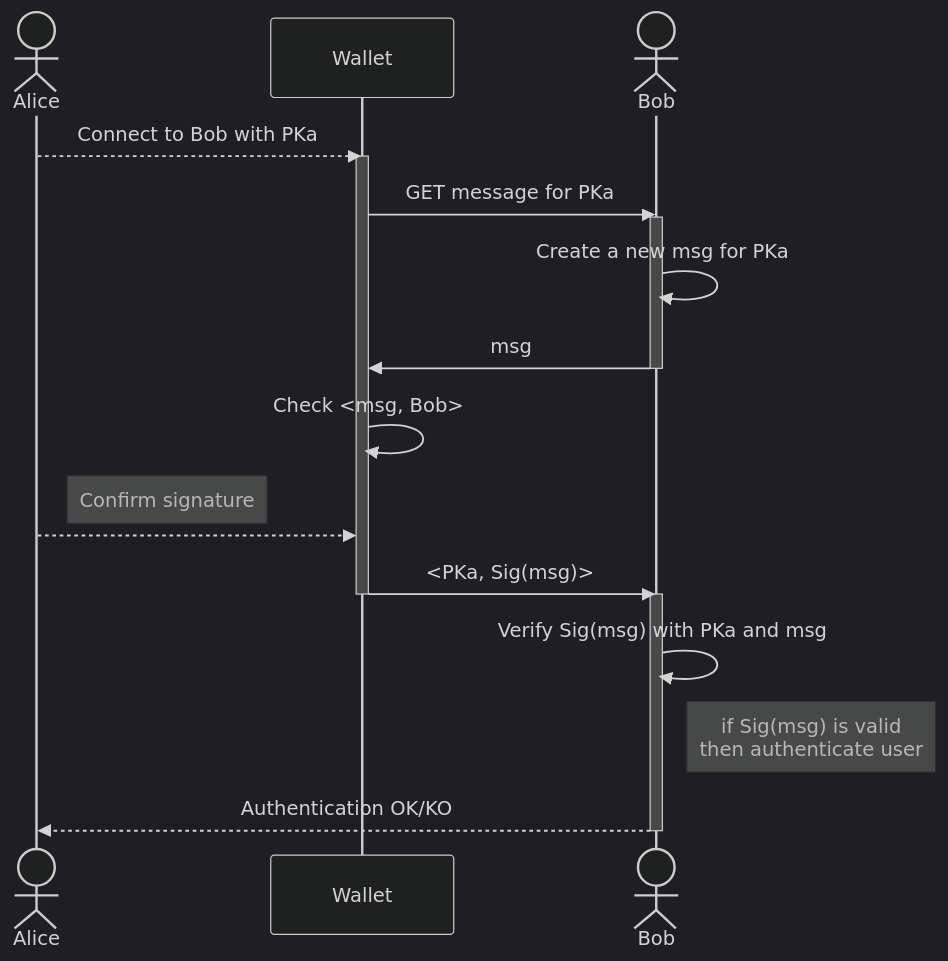
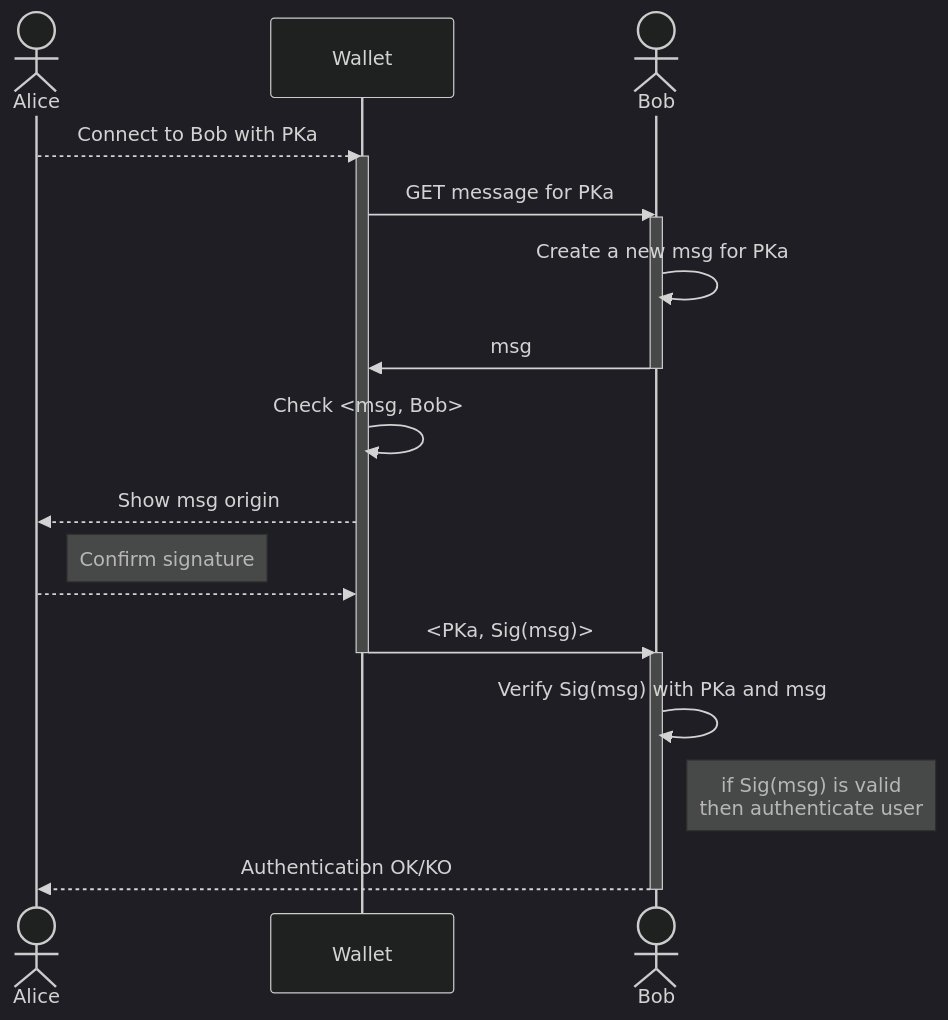
The first of 3 diagrams in ARCs/arc-0031.md (algorandfoundation/ARCs), drawn with Mermaid (dark theme) before and after one commit. The commit also changed other lines of this file, not shown here.

````diff
--- a/ARCs/arc-0031.md
+++ b/ARCs/arc-0031.md
@@ -79,23 +79,24 @@
 ```mermaid
 sequenceDiagram
     actor A as Alice
     participant W as Wallet
     actor B as Bob
     A-->>W: Connect to Bob with PKa
     activate W
     W->>B: GET message for PKa
     activate B
     B->>B: Create a new msg for PKa
     B->>W: msg
     deactivate B
     W->>W: Check <msg, Bob>
+    W-->>A: Show msg origin
     Note right of A: Confirm signature
     A-->>W: 
     W->>B: <PKa, Sig(msg)>
     deactivate W
     activate B
     B->>B: Verify Sig(msg) with PKa and msg
     Note right of B: if Sig(msg) is valid<br/>then authenticate user
     B-->>A: Authentication OK/KO
     deactivate B
 ```
````
